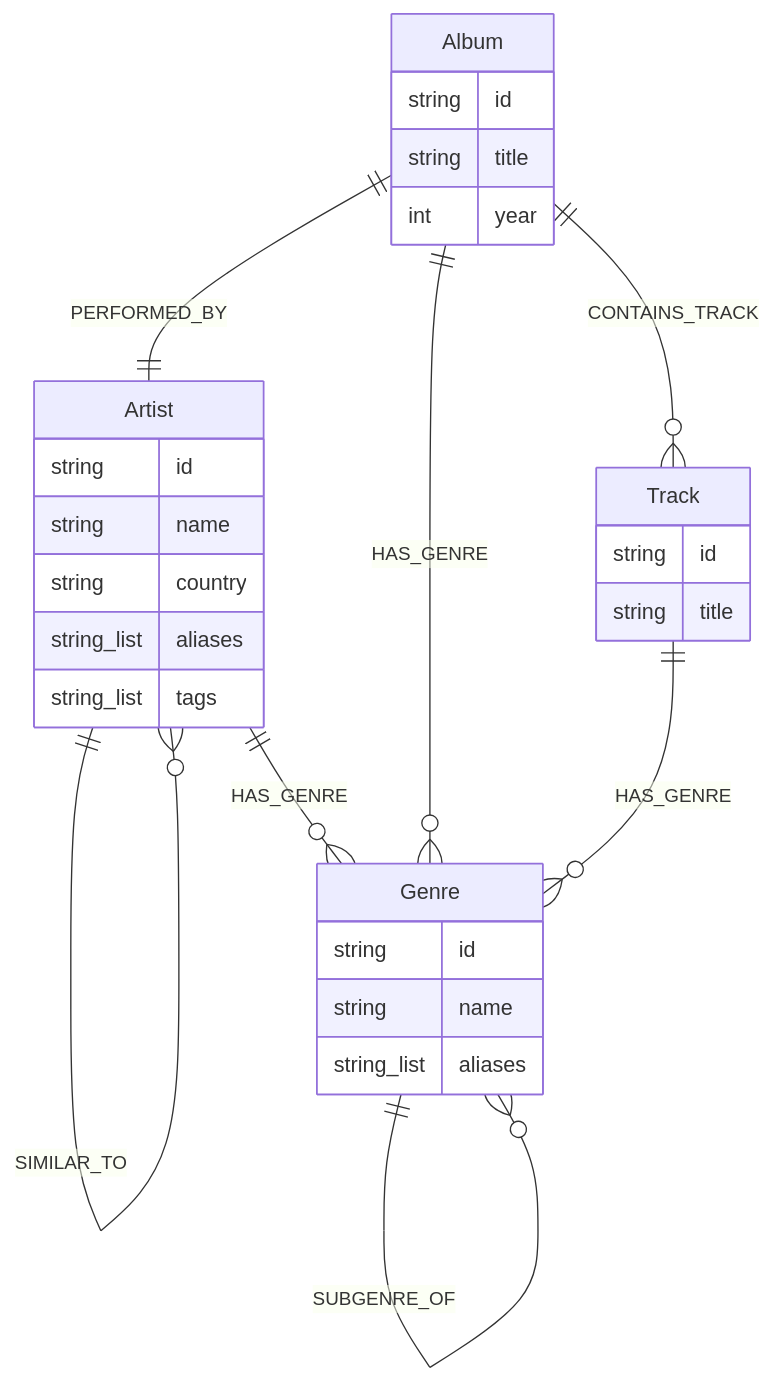
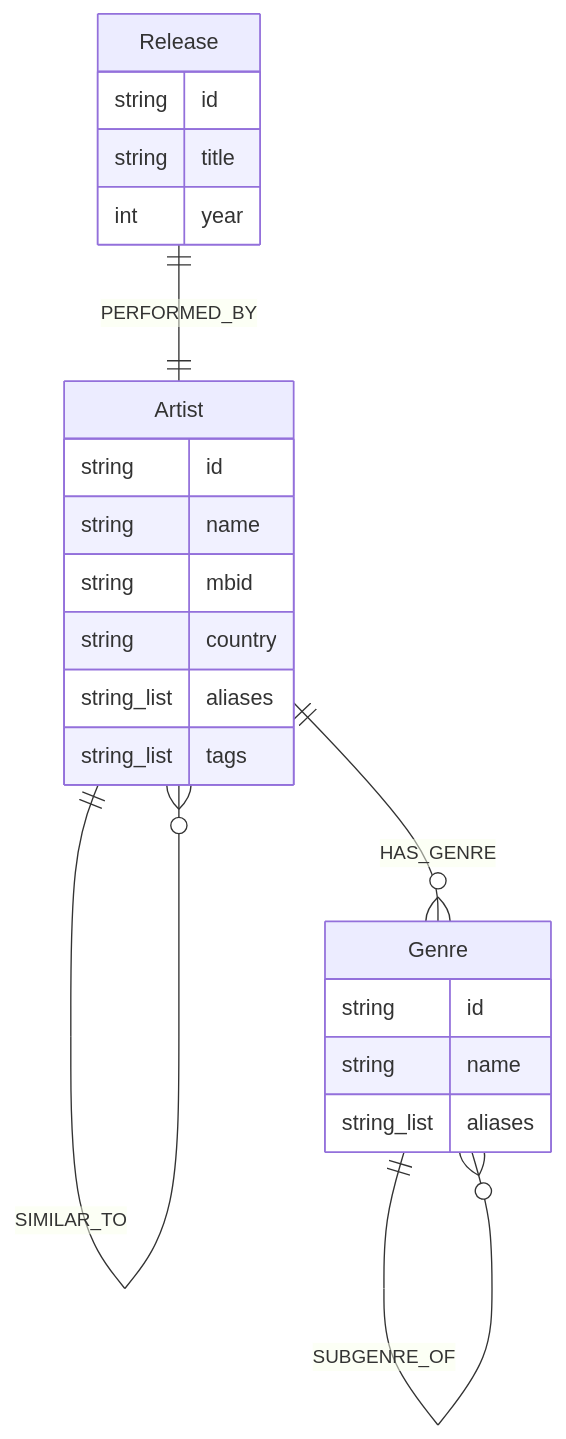
One commit to pacoreyes/GraphRagPart1DataPipeline changed the second of 2 diagrams in README.md. Above: the diagram before and after it, drawn with Mermaid. The commit also changed other lines of this file and 2 other files, not shown here.

````diff
--- a/README.md
+++ b/README.md
@@ -304,32 +313,26 @@
 ```mermaid
 erDiagram
     Artist ||--o{ Genre : HAS_GENRE
     Artist ||--o{ Artist : SIMILAR_TO
-    Album ||--|| Artist : PERFORMED_BY
-    Album ||--o{ Track : CONTAINS_TRACK
-    Album ||--o{ Genre : HAS_GENRE
-    Track ||--o{ Genre : HAS_GENRE
+    Release ||--|| Artist : PERFORMED_BY
     Genre ||--o{ Genre : SUBGENRE_OF
 
     Artist {
         string id
         string name
+        string mbid
         string country
         string_list aliases
         string_list tags
     }
-    Album {
+    Release {
         string id
         string title
         int year
-    }
-    Track {
-        string id
-        string title
     }
     Genre {
         string id
         string name
         string_list aliases
     }
 ```
````
